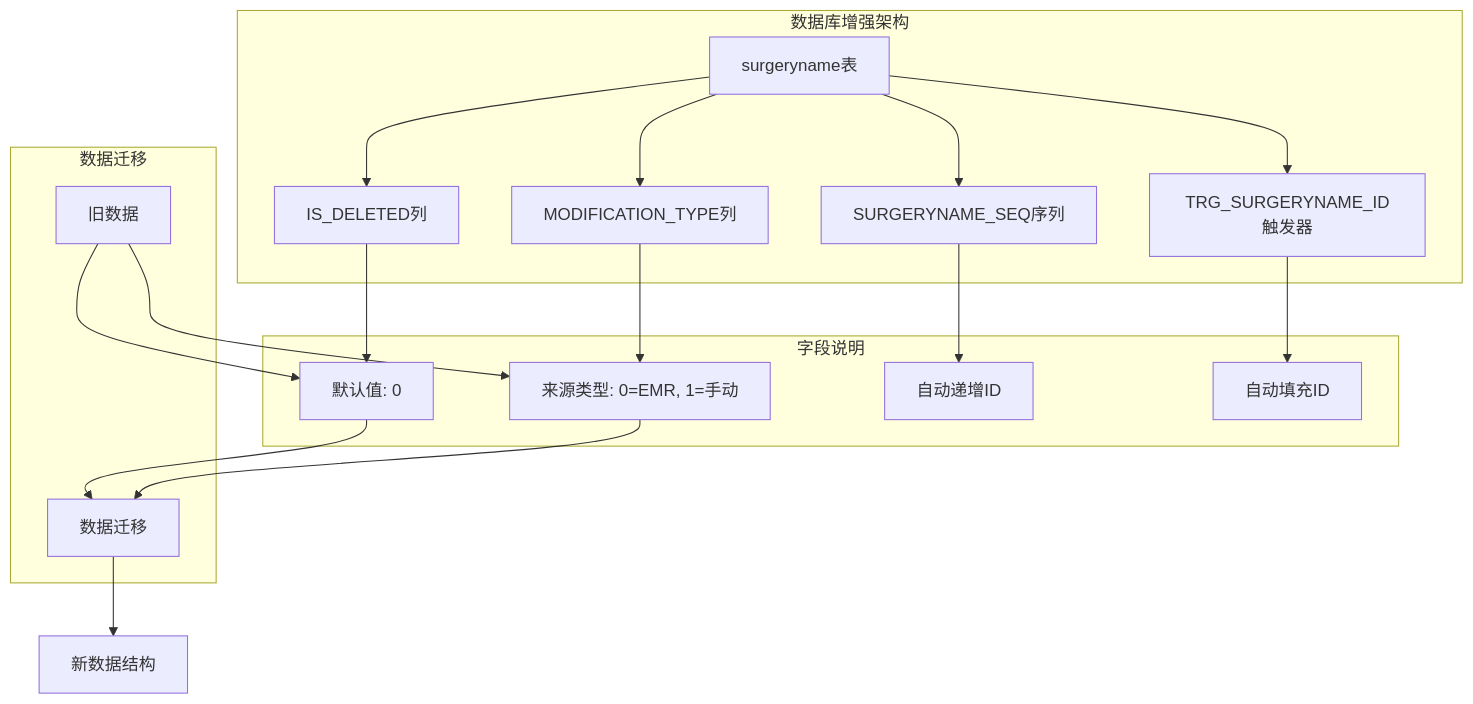
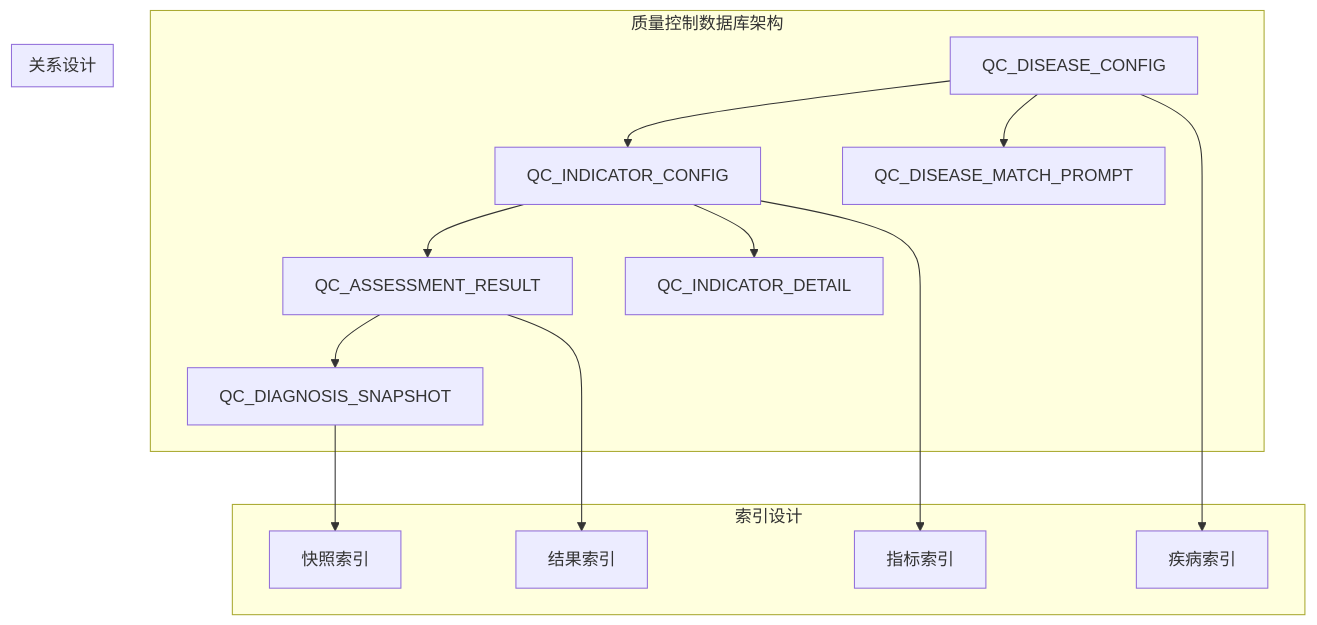
One commit to liuzh2008/med_ai_assistant_workspace changed diagram 15 of 17 in .qoder/repowiki/zh/content/Update Summary/Update Summary.md. Above: the diagram before and after it, drawn with Mermaid. The commit also changed other lines of this file and 6 other files, not shown here.

````diff
--- a/.qoder/repowiki/zh/content/Update Summary/Update Summary.md
+++ b/.qoder/repowiki/zh/content/Update Summary/Update Summary.md
@@ -915,22 +1155,28 @@
 ```mermaid
 graph TB
-subgraph "数据库增强架构"
-Table[surgeryname表] --> IsDeleted[IS_DELETED列]
-Table --> ModificationType[MODIFICATION_TYPE列]
-Table --> Sequence[SURGERYNAME_SEQ序列]
-Table --> Trigger[TRG_SURGERYNAME_ID触发器]
+subgraph "质量控制数据库架构"
+DiseaseConfig[QC_DISEASE_CONFIG]
+IndicatorConfig[QC_INDICATOR_CONFIG]
+IndicatorDetail[QC_INDICATOR_DETAIL]
+AssessmentResult[QC_ASSESSMENT_RESULT]
+DiagnosisSnapshot[QC_DIAGNOSIS_SNAPSHOT]
+DiseaseMatchPrompt[QC_DISEASE_MATCH_PROMPT]
 end
-subgraph "字段说明"
-IsDeleted --> DefaultValue[默认值: 0]
-ModificationType --> SourceType[来源类型: 0=EMR, 1=手动]
-Sequence --> AutoIncrement[自动递增ID]
-Trigger --> AutoFill[自动填充ID]
+subgraph "关系设计"
+DiseaseConfig --> IndicatorConfig
+IndicatorConfig --> AssessmentResult
+AssessmentResult --> DiagnosisSnapshot
+DiseaseConfig --> DiseaseMatchPrompt
+IndicatorConfig --> IndicatorDetail
 end
-subgraph "数据迁移"
-OldData[旧数据] --> DefaultValue
-OldData --> SourceType
-DefaultValue --> Migration[数据迁移]
-SourceType --> Migration
+subgraph "索引设计"
+DiseaseIndex[疾病索引]
+IndicatorIndex[指标索引]
+ResultIndex[结果索引]
+SnapshotIndex[快照索引]
 end
-Migration --> NewData[新数据结构]
+DiseaseConfig --> DiseaseIndex
+IndicatorConfig --> IndicatorIndex
+AssessmentResult --> ResultIndex
+DiagnosisSnapshot --> SnapshotIndex
 ```
````
